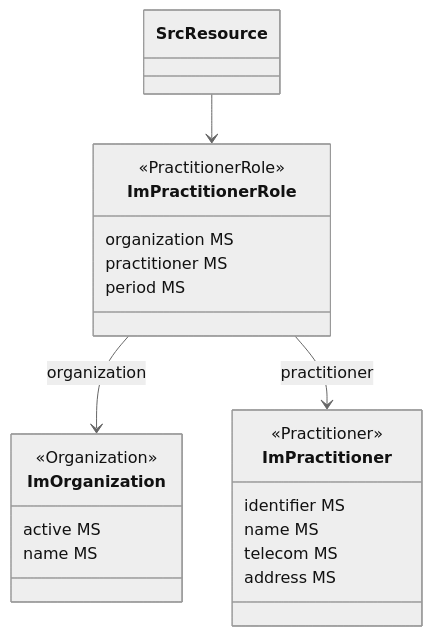
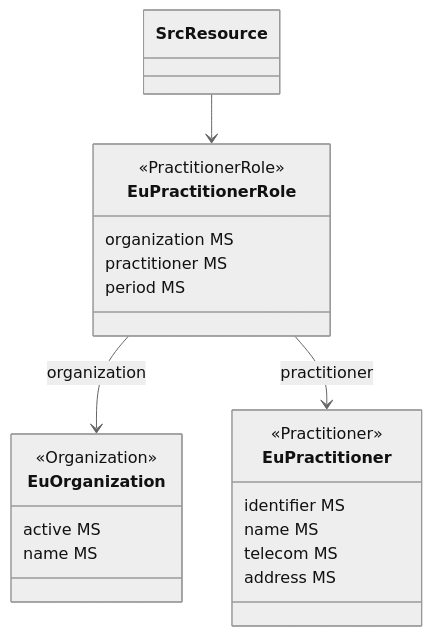
Before and after one commit to hl7-eu/imaging: the diagram in ig-src/input/pagecontent/design-consideration-healthcareprofessional.md, drawn with Mermaid (neutral theme). The commit also changed other lines of this file and 8 other files, not shown here.

````diff
--- a/ig-src/input/pagecontent/design-consideration-healthcareprofessional.md
+++ b/ig-src/input/pagecontent/design-consideration-healthcareprofessional.md
@@ -5,26 +6,26 @@
 ```mermaid
 classDiagram
     class SrcResource
-    class ImPractitioner { 
+    class EuPractitioner { 
         <<Practitioner>>
         identifier MS
         name MS
         telecom MS
         address MS
     }
-    class ImPractitionerRole{ 
+    class EuPractitionerRole{ 
         <<PractitionerRole>>
         organization MS
         practitioner MS
         period MS
     }
-    class ImOrganization {
+    class EuOrganization {
         <<Organization>>
         active MS
         name MS
     }
 
-    SrcResource --> ImPractitionerRole
-    ImPractitionerRole --> ImOrganization: organization
-    ImPractitionerRole --> ImPractitioner: practitioner
+    SrcResource --> EuPractitionerRole
+    EuPractitionerRole --> EuOrganization: organization
+    EuPractitionerRole --> EuPractitioner: practitioner
 ```
````
